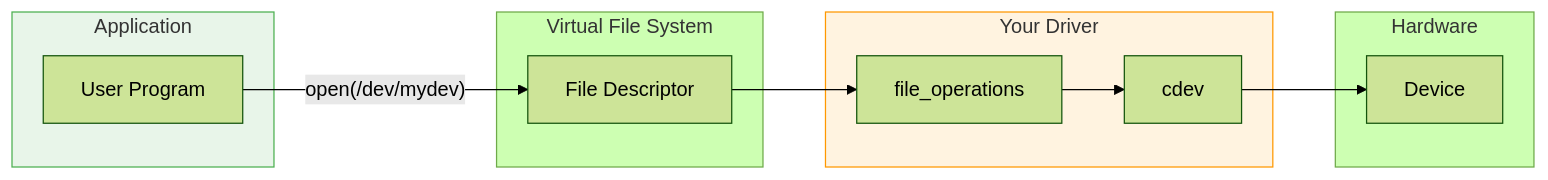
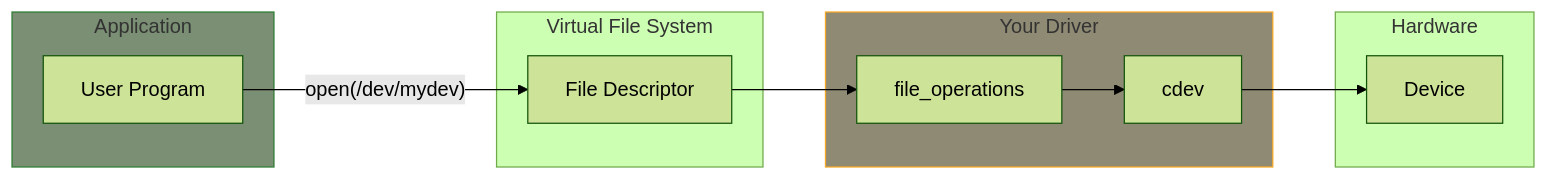
Before and after one commit to MichaelTien8901/linux-driver-guide-tutorial: the first of 2 diagrams in part3/index.md, drawn with Mermaid (forest theme). The commit also changed other lines of this file and 36 other files, not shown here.

Commit message:
Fix mermaid diagram colors to use consistent paper-like theme

````diff
--- a/part3/index.md
+++ b/part3/index.md
@@ -14,27 +14,27 @@
 ```mermaid
 flowchart LR
     subgraph Application
         App["User Program"]
     end
 
     subgraph VFS["Virtual File System"]
         FD["File Descriptor"]
     end
 
     subgraph Driver["Your Driver"]
         FO["file_operations"]
         CD["cdev"]
     end
 
     subgraph Hardware
         HW["Device"]
     end
 
     App -->|"open(/dev/mydev)"| FD
     FD --> FO
     FO --> CD
     CD --> HW
 
-    style Application fill:#e8f5e9,stroke:#4caf50
-    style Driver fill:#fff3e0,stroke:#ff9800
+    style Application fill:#7a8f73,stroke:#2e7d32
+    style Driver fill:#8f8a73,stroke:#f9a825
 ```
````
